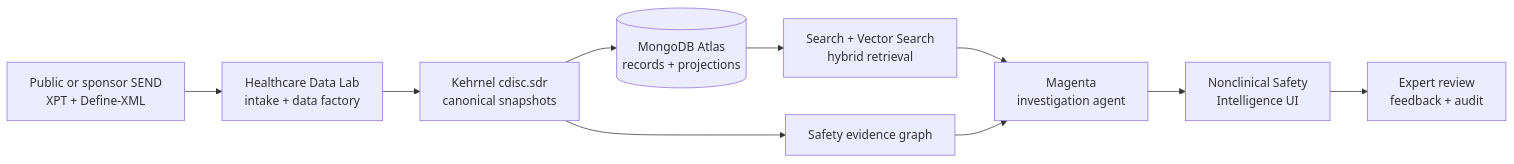
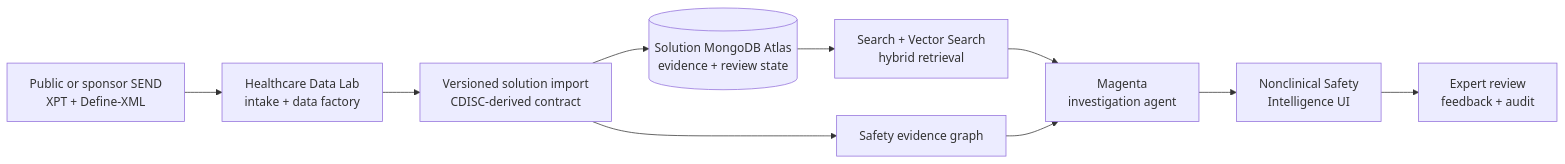
Before and after one commit to mongodb-industry-solutions/AI-Ready-Nonclinical-Safety: the diagram in README.md, drawn with Mermaid. The commit also changed other lines of this file and 32 other files, not shown here.

````diff
--- a/README.md
+++ b/README.md
@@ -47,12 +47,12 @@
 ```mermaid
 flowchart LR
   A[Public or sponsor SEND<br/>XPT + Define-XML] --> B[Healthcare Data Lab<br/>intake + data factory]
-  B --> C[Kehrnel cdisc.sdr<br/>canonical snapshots]
-  C --> D[(MongoDB Atlas<br/>records + projections)]
+  B --> C[Versioned solution import<br/>CDISC-derived contract]
+  C --> D[(Solution MongoDB Atlas<br/>evidence + review state)]
   D --> E[Search + Vector Search<br/>hybrid retrieval]
   C --> F[Safety evidence graph]
   E --> G[Magenta<br/>investigation agent]
   F --> G
   G --> H[Nonclinical Safety<br/>Intelligence UI]
   H --> I[Expert review<br/>feedback + audit]
 ```
````
